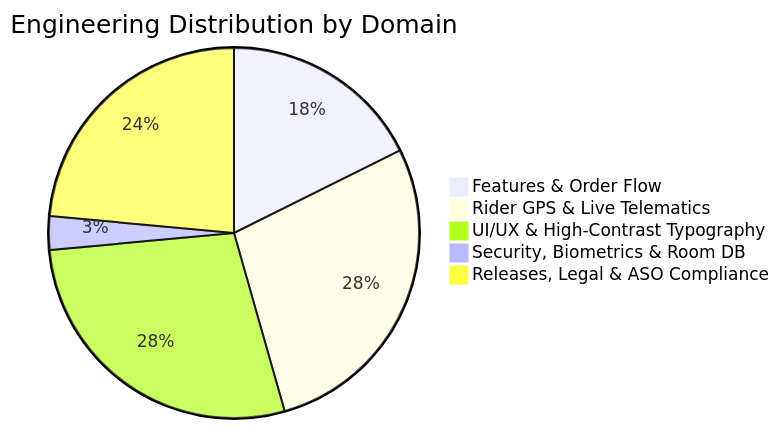
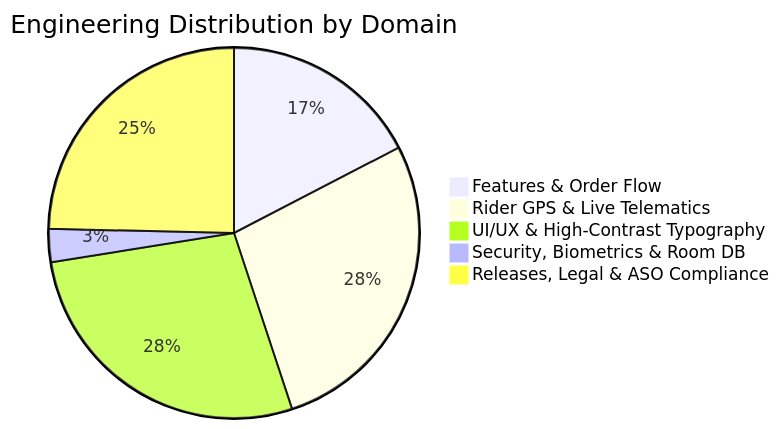
One commit to daniyal44/Zyphuel-App changed the second of 2 diagrams in README.md. Above: the diagram before and after it, drawn with Mermaid. The commit also changed other lines of this file and 1 other file, not shown here.

````diff
--- a/README.md
+++ b/README.md
@@ -60,8 +60,8 @@
 ```mermaid
 pie title Engineering Distribution by Domain
     "Features & Order Flow" : 12
     "Rider GPS & Live Telematics" : 19
     "UI/UX & High-Contrast Typography" : 19
     "Security, Biometrics & Room DB" : 2
-    "Releases, Legal & ASO Compliance" : 16
+    "Releases, Legal & ASO Compliance" : 17
 ```
````
